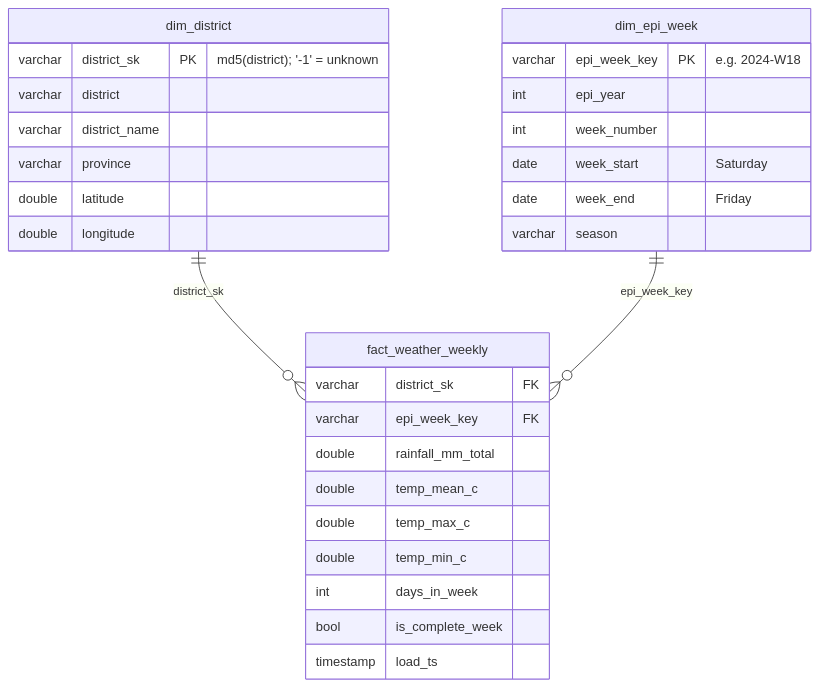
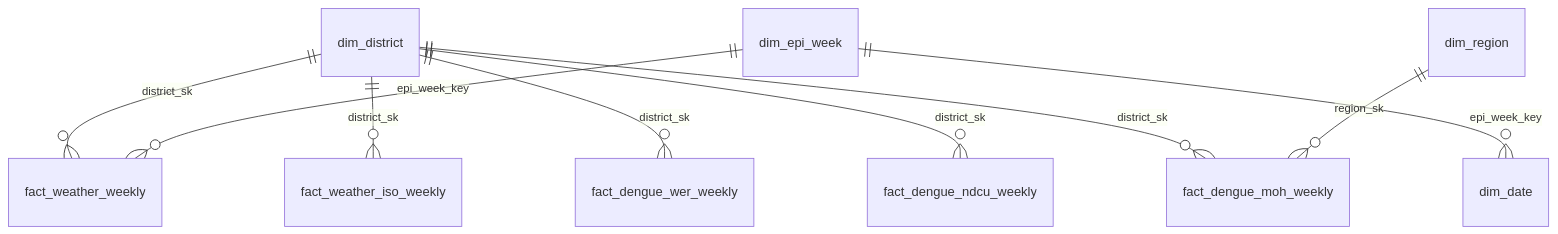
Before and after one commit to iiTzIsh/denguewatch-lk: the diagram in docs/data_model.md, drawn with Mermaid. The commit also changed other lines of this file and 154 other files, not shown here.

````diff
--- a/docs/data_model.md
+++ b/docs/data_model.md
@@ -3,32 +30,11 @@
 ```mermaid
 erDiagram
     dim_district ||--o{ fact_weather_weekly : district_sk
     dim_epi_week ||--o{ fact_weather_weekly : epi_week_key
-    dim_district {
-        varchar district_sk PK "md5(district); '-1' = unknown"
-        varchar district
-        varchar district_name
-        varchar province
-        double latitude
-        double longitude
-    }
-    dim_epi_week {
-        varchar epi_week_key PK "e.g. 2024-W18"
-        int epi_year
-        int week_number
-        date week_start "Saturday"
-        date week_end "Friday"
-        varchar season
-    }
-    fact_weather_weekly {
-        varchar district_sk FK
-        varchar epi_week_key FK
-        double rainfall_mm_total
-        double temp_mean_c
-        double temp_max_c
-        double temp_min_c
-        int days_in_week
-        bool is_complete_week
-        timestamp load_ts
-    }
+    dim_district ||--o{ fact_weather_iso_weekly : district_sk
+    dim_district ||--o{ fact_dengue_wer_weekly : district_sk
+    dim_district ||--o{ fact_dengue_ndcu_weekly : district_sk
+    dim_district ||--o{ fact_dengue_moh_weekly : district_sk
+    dim_region ||--o{ fact_dengue_moh_weekly : region_sk
+    dim_epi_week ||--o{ dim_date : epi_week_key
 ```
````
